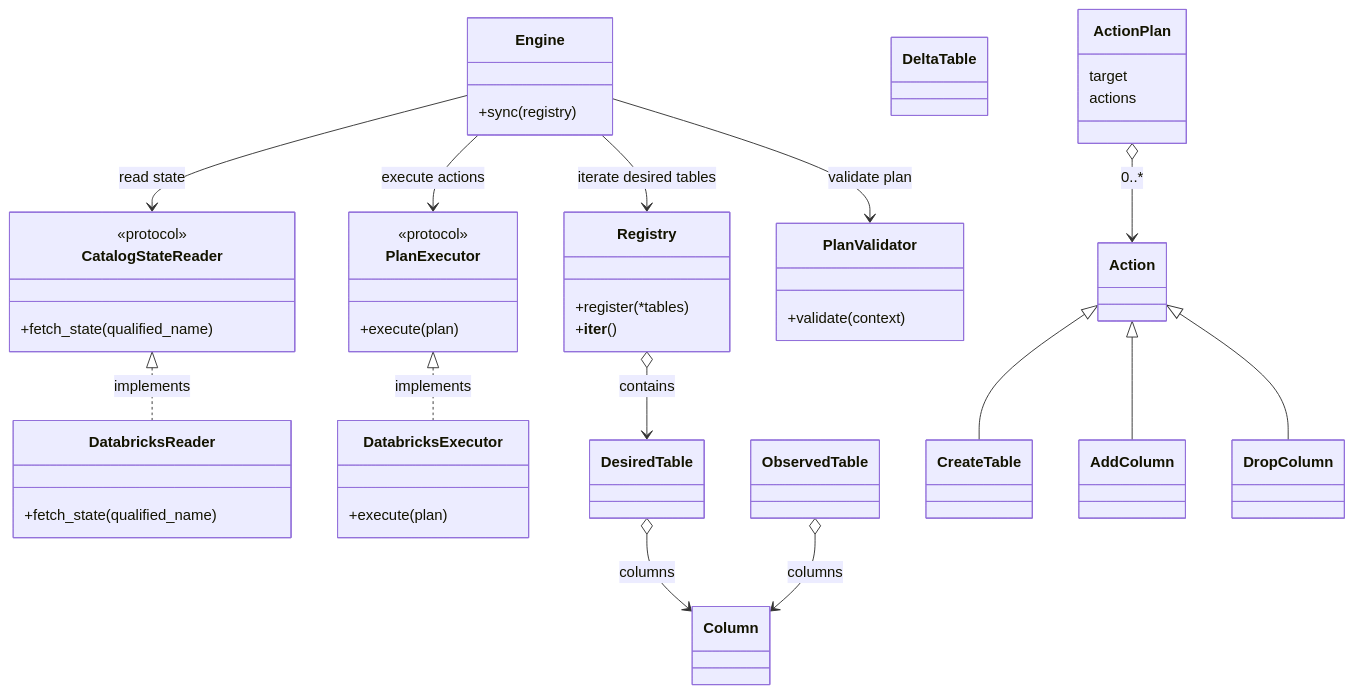
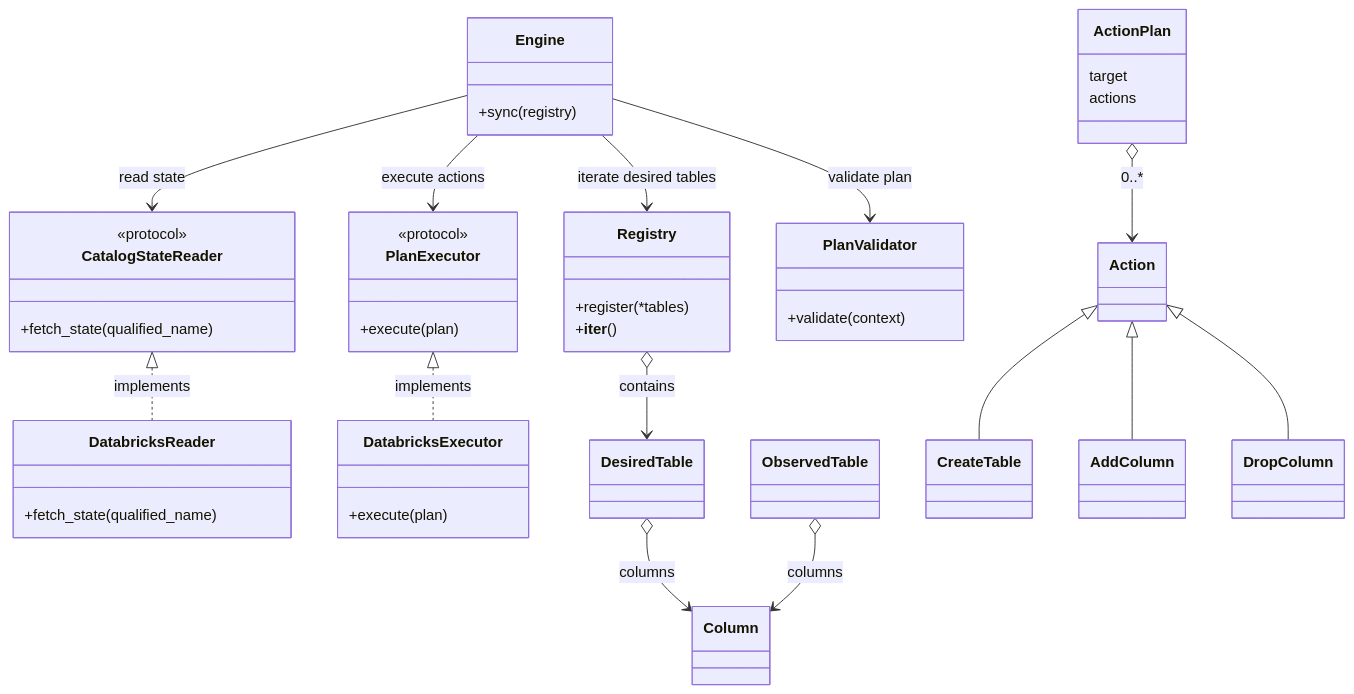
The first of 2 diagrams in delta-engine/docs/architecture.md (Tomoscorbin/delta-engine), drawn with Mermaid before and after one commit. The commit also changed other lines of this file, not shown here.

````diff
--- a/delta-engine/docs/architecture.md
+++ b/delta-engine/docs/architecture.md
@@ -7,56 +7,55 @@
 ```mermaid
 classDiagram
     class Engine {
       +sync(registry)
     }
     class Registry {
       +register(*tables)
       +__iter__()
     }
     class CatalogStateReader {
       <<protocol>>
       +fetch_state(qualified_name)
     }
     class PlanExecutor {
       <<protocol>>
       +execute(plan)
     }
     class PlanValidator {
       +validate(context)
     }
     class DatabricksReader {
       +fetch_state(qualified_name)
     }
     class DatabricksExecutor {
       +execute(plan)
     }
-    class DeltaTable
     class Column
     class DesiredTable
     class ObservedTable
     class Action
     class CreateTable
     class AddColumn
     class DropColumn
     class ActionPlan {
       target
       actions
     }
 
     Engine --> Registry : iterate desired tables
     Engine --> CatalogStateReader : read state
     Engine --> PlanValidator : validate plan
     Engine --> PlanExecutor : execute actions
 
     CatalogStateReader <|.. DatabricksReader : implements
     PlanExecutor <|.. DatabricksExecutor : implements
 
     Registry o--> DesiredTable : contains
     DesiredTable o--> Column : columns
     ObservedTable o--> Column : columns
 
     Action <|-- CreateTable
     Action <|-- AddColumn
     Action <|-- DropColumn
     ActionPlan o--> Action : 0..*
 ```
````
